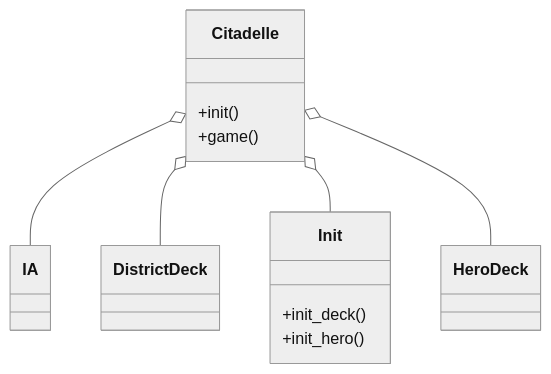
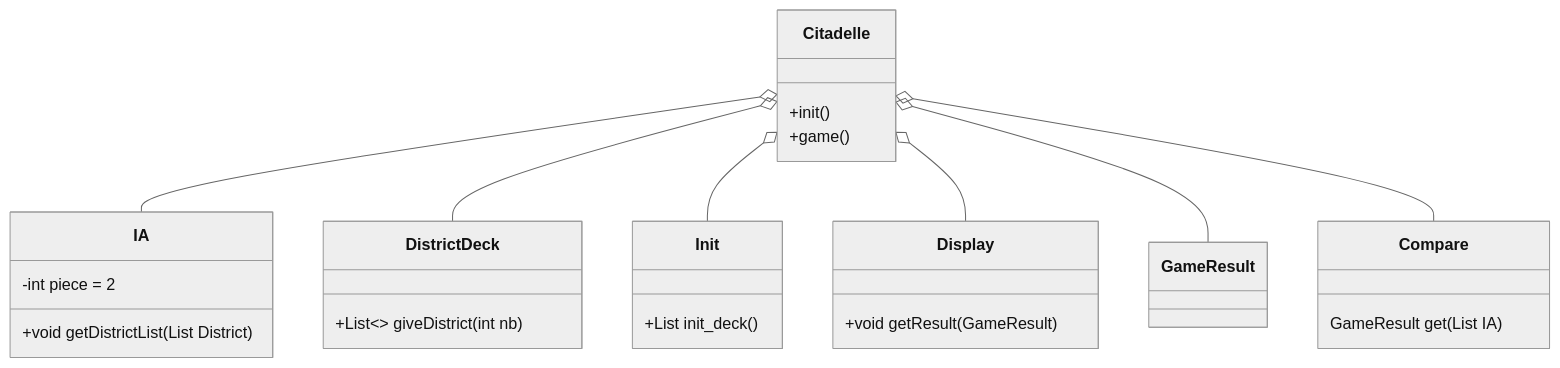
The diagram in src/main/java/fr/unice/polytech/startingpoint/dia2.md (ImeneYAHIAOUI/Citadelles), drawn with Mermaid (neutral theme) before and after one commit. The commit also changed 1 other file, not shown here.

Commit message:
[DEV] Diagramme de classe

````diff
--- a/src/main/java/fr/unice/polytech/startingpoint/dia2.md
+++ b/src/main/java/fr/unice/polytech/startingpoint/dia2.md
@@ -1,32 +1,41 @@
 ```mermaid
 
 classDiagram
     Citadelle o-- IA
     Citadelle o-- DistrictDeck
     Citadelle o-- Init
-    Citadelle o-- HeroDeck
-
+    Citadelle o-- Display
+    Citadelle o-- GameResult
+    Citadelle o-- Compare
             
     class Citadelle{
         +init()
         +game()
     }
 
     class IA{
+      -int piece = 2
+      +void getDistrictList(List District)
+    }
+
+    class DistrictDeck{
+      +List<> giveDistrict(int nb)
+    }
+
+    class Init{
+        +List<District> init_deck()
+    }
+
+    class Display{
+      +void getResult(GameResult)
+    }
+
+    class GameResult{
 
     }
 
-    class DistrictDeck{
-
-    }
-
-    class HeroDeck{
-
-    }
-
-    class Init{
-        +init_deck()
-        +init_hero()
+    class Compare{
+        GameResult get(List IA)
     }
 
 ```
````
